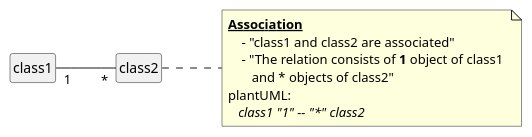
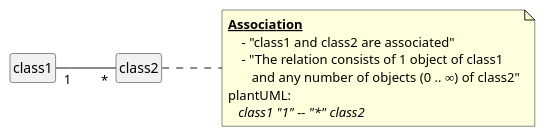
Before and after one commit to chraxo/UmlMarkdownCheatSheet: diagram 13 of 33 in uml_markdown_summary.md, drawn with PlantUML. The commit also changed other lines of this file, not shown here.

Commit message:
Improve description of Association

```diff
--- a/uml_markdown_summary.md
+++ b/uml_markdown_summary.md
@@ -388,20 +388,20 @@
 @startuml
     skinparam classFontName Consolas
     skinparam classAttributeFontName Consolas
     skinparam noteFontName Consolas
 
     hide empty members
     left to right direction
     skinparam style strictuml
 
     class1 "1" -- "*" class2
 
     note right 
         **__Association__**
             - "class1 and class2 are associated"
-            - "The relation consists of **1** object of class1 
-               and * objects of class2"
+            - "The relation consists of 1 object of class1 
+               and any number of objects (0 .. ∞) of class2"
         plantUML:
            //class1 "1" -- "*" class2//
     end note
 @enduml
```
